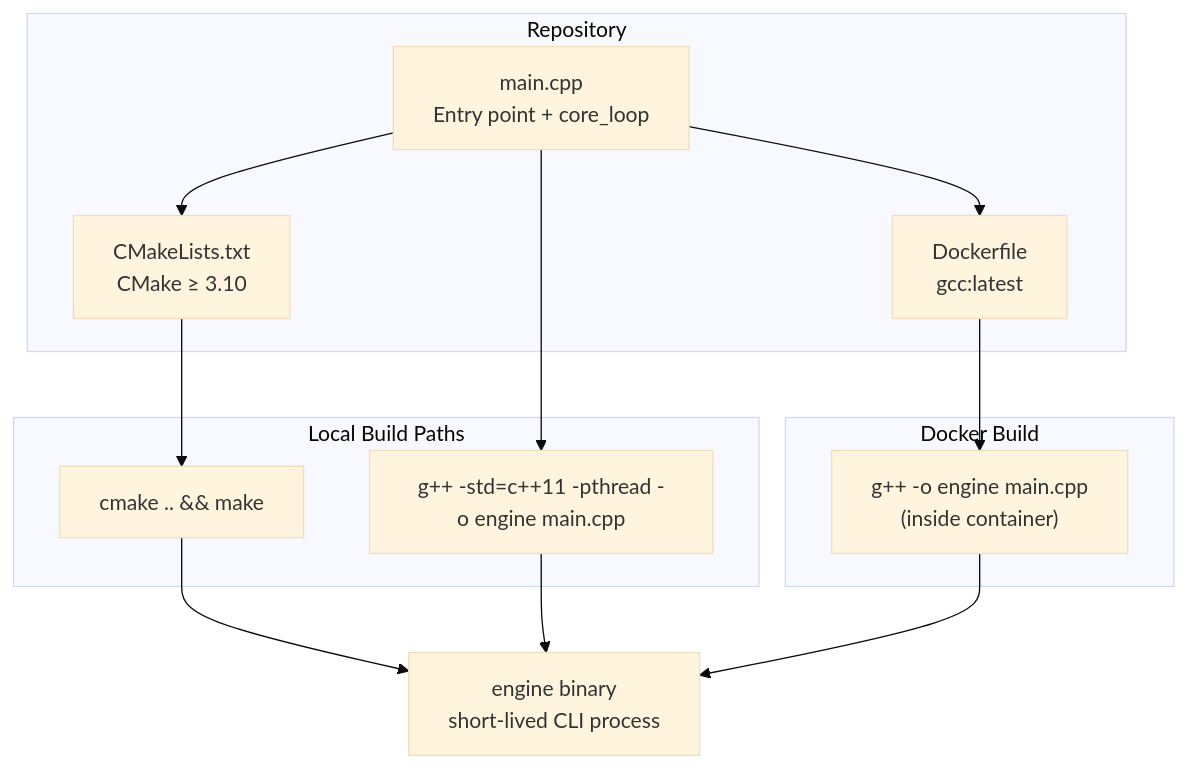
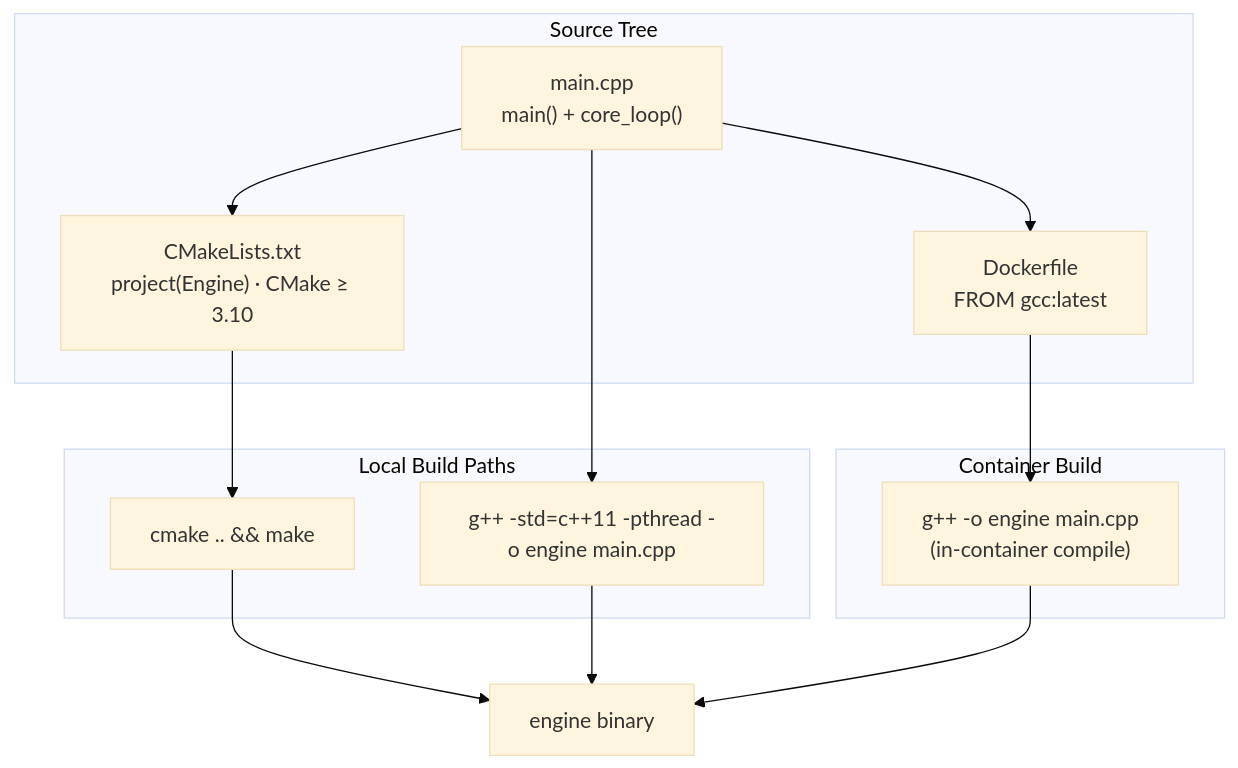
The second of 3 diagrams in README.md (Shivay00001/game-multiplayer-state-sync), drawn with Mermaid (base theme) before and after one commit. The commit also changed other lines of this file, not shown here.

````diff
--- a/README.md
+++ b/README.md
@@ -62,23 +69,23 @@
 ```mermaid
 flowchart TD
-    subgraph Repo["Repository"]
-        A[main.cpp<br/>Entry point + core_loop]
-        B[CMakeLists.txt<br/>CMake ≥ 3.10]
-        C[Dockerfile<br/>gcc:latest]
+    subgraph Source["Source Tree"]
+        A["main.cpp<br/>main() + core_loop()"]
+        B["CMakeLists.txt<br/>project(Engine) · CMake ≥ 3.10"]
+        C["Dockerfile<br/>FROM gcc:latest"]
     end
 
     subgraph Local["Local Build Paths"]
-        D[cmake .. && make]
+        D["cmake .. && make"]
         E["g++ -std=c++11 -pthread -o engine main.cpp"]
     end
 
-    subgraph Container["Docker Build"]
-        F["g++ -o engine main.cpp<br/>(inside container)"]
+    subgraph Container["Container Build"]
+        F["g++ -o engine main.cpp<br/>(in-container compile)"]
     end
 
-    G[engine binary<br/>short-lived CLI process]
+    G["engine binary"]
 
     A --> B --> D --> G
     A --> E --> G
     A --> C --> F --> G
 ```
````
